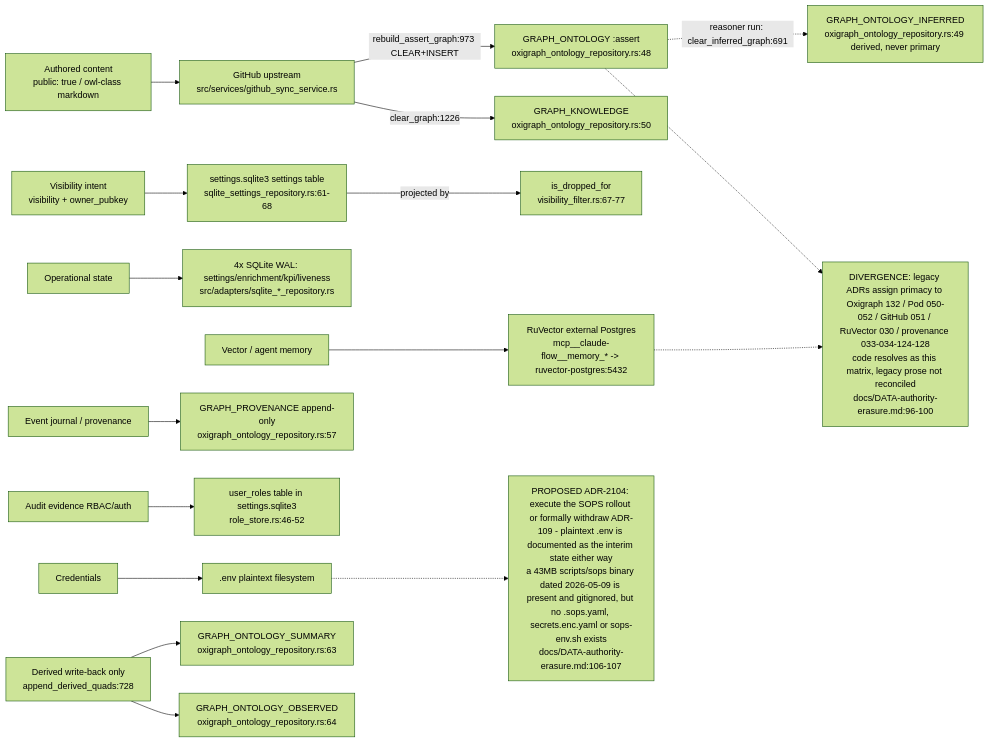
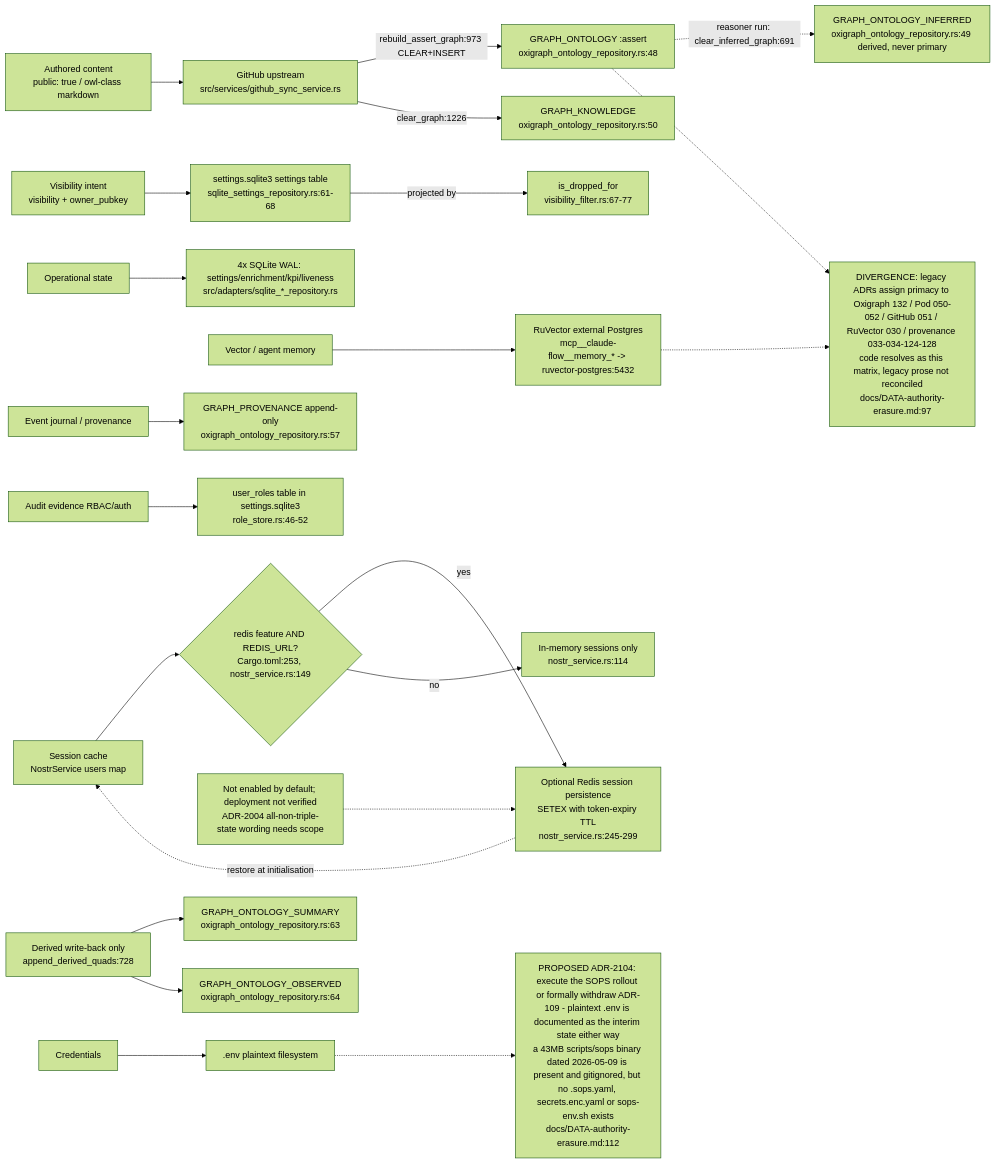
One commit to DreamLab-AI/VisionFlow changed the first of 11 diagrams in docs/diagrams/visionclaw/22-data-authority-provenance-erasure.md. Above: the diagram before and after it, drawn with Mermaid (forest theme). The commit also changed other lines of this file and 185 other files, not shown here.

Commit message:
docs(estate): reconcile diagrams and ADRs with source and define closeout sprint

````diff
--- a/docs/diagrams/visionclaw/22-data-authority-provenance-erasure.md
+++ b/docs/diagrams/visionclaw/22-data-authority-provenance-erasure.md
@@ -41,31 +45,37 @@
 ```mermaid
 flowchart LR
     AuthContent["Authored content<br/>public: true / owl-class markdown"] --> GitHub["GitHub upstream<br/>src/services/github_sync_service.rs"]
     GitHub -->|"rebuild_assert_graph:973 CLEAR+INSERT"| AssertGraph["GRAPH_ONTOLOGY :assert<br/>oxigraph_ontology_repository.rs:48"]
     GitHub -->|"clear_graph:1226"| KnowledgeGraph["GRAPH_KNOWLEDGE<br/>oxigraph_ontology_repository.rs:50"]
 
     VisIntent["Visibility intent<br/>visibility + owner_pubkey"] --> SettingsDB["settings.sqlite3 settings table<br/>sqlite_settings_repository.rs:61-68"]
     SettingsDB -->|"projected by"| VisFilter["is_dropped_for<br/>visibility_filter.rs:67-77"]
 
     AssertGraph -.->|"reasoner run: clear_inferred_graph:691"| InferredGraph["GRAPH_ONTOLOGY_INFERRED<br/>oxigraph_ontology_repository.rs:49 derived, never primary"]
 
     OpState["Operational state"] --> SqliteFour["4x SQLite WAL: settings/enrichment/kpi/liveness<br/>src/adapters/sqlite_*_repository.rs"]
 
     VectorMem["Vector / agent memory"] --> RuVector["RuVector external Postgres<br/>mcp__claude-flow__memory_* -> ruvector-postgres:5432"]
 
     EventJournal["Event journal / provenance"] --> ProvGraph["GRAPH_PROVENANCE append-only<br/>oxigraph_ontology_repository.rs:57"]
 
     AuditRBAC["Audit evidence RBAC/auth"] --> RoleTable["user_roles table in settings.sqlite3<br/>role_store.rs:46-52"]
 
+    Sessions["Session cache<br/>NostrService users map"] --> RedisGate{"redis feature AND REDIS_URL?<br/>Cargo.toml:253, nostr_service.rs:149"}
+    RedisGate -->|yes| Redis["Optional Redis session persistence<br/>SETEX with token-expiry TTL<br/>nostr_service.rs:245-299"]
+    RedisGate -->|no| Memory["In-memory sessions only<br/>nostr_service.rs:114"]
+    Redis -.->|"restore at initialisation"| Sessions
+    RedisScope["Not enabled by default; deployment not verified<br/>ADR-2004 all-non-triple-state wording needs scope"] -.-> Redis
+
     Credentials["Credentials"] --> DotEnv[".env plaintext filesystem"]
 
     DerivedWB["Derived write-back only<br/>append_derived_quads:728"] --> SummaryGraph["GRAPH_ONTOLOGY_SUMMARY<br/>oxigraph_ontology_repository.rs:63"]
     DerivedWB --> ObservedGraph["GRAPH_ONTOLOGY_OBSERVED<br/>oxigraph_ontology_repository.rs:64"]
 
-    DivLegacy["DIVERGENCE: legacy ADRs assign primacy to Oxigraph 132 / Pod 050-052 / GitHub 051 / RuVector 030 / provenance 033-034-124-128<br/>code resolves as this matrix, legacy prose not reconciled<br/>docs/DATA-authority-erasure.md:96-100"]
+    DivLegacy["DIVERGENCE: legacy ADRs assign primacy to Oxigraph 132 / Pod 050-052 / GitHub 051 / RuVector 030 / provenance 033-034-124-128<br/>code resolves as this matrix, legacy prose not reconciled<br/>docs/DATA-authority-erasure.md:97"]
     AssertGraph -.-> DivLegacy
     RuVector -.-> DivLegacy
 
-    DivCreds["PROPOSED ADR-2104: execute the SOPS rollout or formally withdraw ADR-109 - plaintext .env is documented as the interim state either way<br/>a 43MB scripts/sops binary dated 2026-05-09 is present and gitignored, but no .sops.yaml, secrets.enc.yaml or sops-env.sh exists<br/>docs/DATA-authority-erasure.md:106-107"]
+    DivCreds["PROPOSED ADR-2104: execute the SOPS rollout or formally withdraw ADR-109 - plaintext .env is documented as the interim state either way<br/>a 43MB scripts/sops binary dated 2026-05-09 is present and gitignored, but no .sops.yaml, secrets.enc.yaml or sops-env.sh exists<br/>docs/DATA-authority-erasure.md:112"]
     DotEnv -.-> DivCreds
 ```
````
